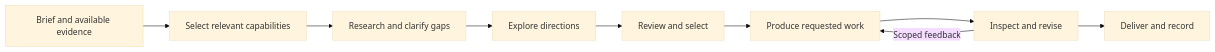
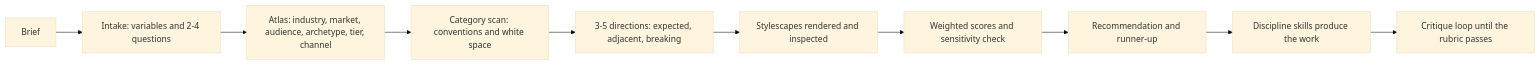
The diagram in README.md (newmindsgroup/visual-design-kit), drawn with Mermaid (base theme) before and after one commit. The commit also changed other lines of this file and 77 other files, not shown here.

````diff
--- a/README.md
+++ b/README.md
@@ -69,11 +75,12 @@
 ```mermaid
 flowchart LR
-    A[Brief and available evidence] --> B[Select relevant capabilities]
-    B --> C[Research and clarify gaps]
-    C --> D[Explore directions]
-    D --> E[Review and select]
-    E --> F[Produce requested work]
-    F --> G[Inspect and revise]
-    G --> H[Deliver and record]
-    G -->|Scoped feedback| F
+    A[Brief] --> B[Intake: variables and 2-4 questions]
+    B --> C[Atlas: industry, market, audience, archetype, tier, channel]
+    C --> D[Category scan: conventions and white space]
+    D --> E[3-5 directions: expected, adjacent, breaking]
+    E --> F[Stylescapes rendered and inspected]
+    F --> G[Weighted scores and sensitivity check]
+    G --> H[Recommendation and runner-up]
+    H --> I[Discipline skills produce the work]
+    I --> J[Critique loop until the rubric passes]
 ```
````
